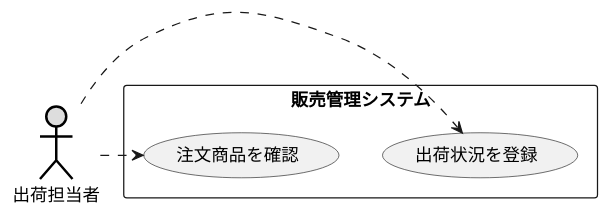
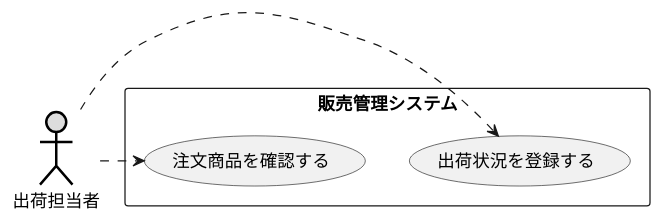
The diagram in 演習2-5_盛岡商事_販売管理システム.pu (kaburiba/uml-introduction), drawn with PlantUML before and after one commit. The commit also changed 1 other file, not shown here.

```diff
--- a/演習2-5_盛岡商事_販売管理システム.pu
+++ b/演習2-5_盛岡商事_販売管理システム.pu
@@ -1,9 +1,9 @@
 @startuml ユースケース図
 actor 出荷担当者 #DDDDDD;line:black;line.bold;
 rectangle 販売管理システム{
-    usecase 注文商品を確認
-    usecase 出荷状況を登録
+    usecase 注文商品を確認する
+    usecase 出荷状況を登録する
 }
-出荷担当者.>出荷状況を登録
-出荷担当者.>注文商品を確認
+出荷担当者.>出荷状況を登録する
+出荷担当者.>注文商品を確認する
 @enduml
```
